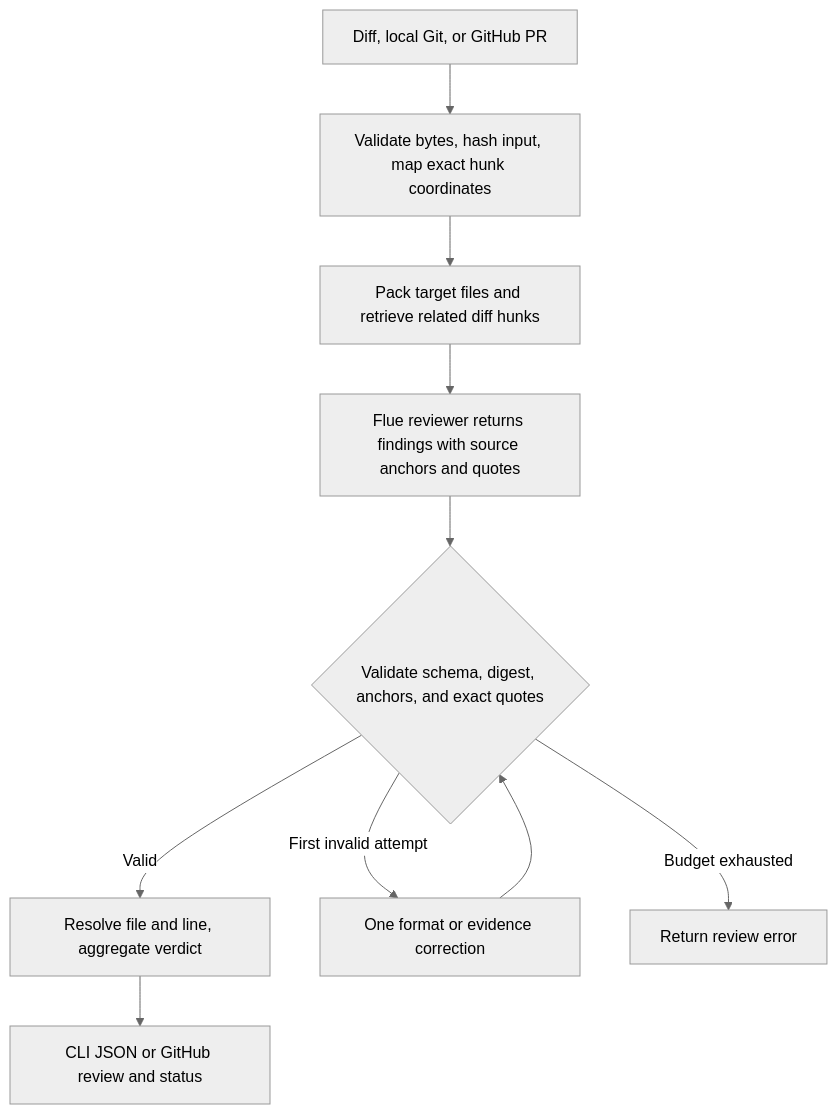
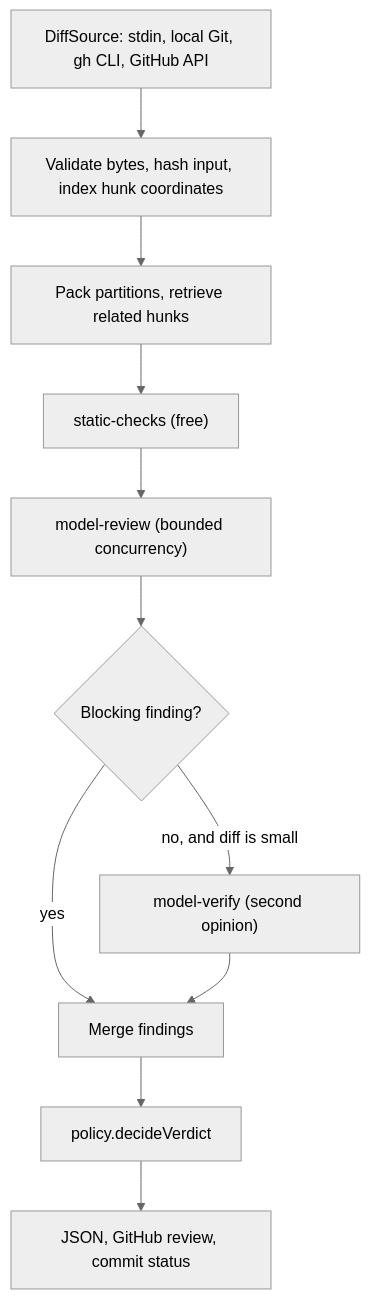
One commit to wuchris-ch/pr-review-agent-flue changed the diagram in README.md. Above: the diagram before and after it, drawn with Mermaid (neutral theme). The commit also changed other lines of this file and 100 other files, not shown here.

````diff
--- a/README.md
+++ b/README.md
@@ -63,12 +66,13 @@
 ```mermaid
 flowchart TD
-  I[Diff, local Git, or GitHub PR] --> V[Validate bytes, hash input, map exact hunk coordinates]
-  V --> P[Pack target files and retrieve related diff hunks]
-  P --> F[Flue reviewer returns findings with source anchors and quotes]
-  F --> J{Validate schema, digest, anchors, and exact quotes}
-  J -->|Valid| A[Resolve file and line, aggregate verdict]
-  J -->|First invalid attempt| C[One format or evidence correction]
-  C --> J
-  J -->|Budget exhausted| E[Return review error]
-  A --> O[CLI JSON or GitHub review and status]
+  S["DiffSource: stdin, local Git, gh CLI, GitHub API"] --> V["Validate bytes, hash input, index hunk coordinates"]
+  V --> P["Pack partitions, retrieve related hunks"]
+  P --> A["static-checks (free)"]
+  A --> B["model-review (bounded concurrency)"]
+  B --> G{"Blocking finding?"}
+  G -- "yes" --> D["Merge findings"]
+  G -- "no, and diff is small" --> C["model-verify (second opinion)"]
+  C --> D
+  D --> E["policy.decideVerdict"]
+  E --> O["JSON, GitHub review, commit status"]
 ```
````
